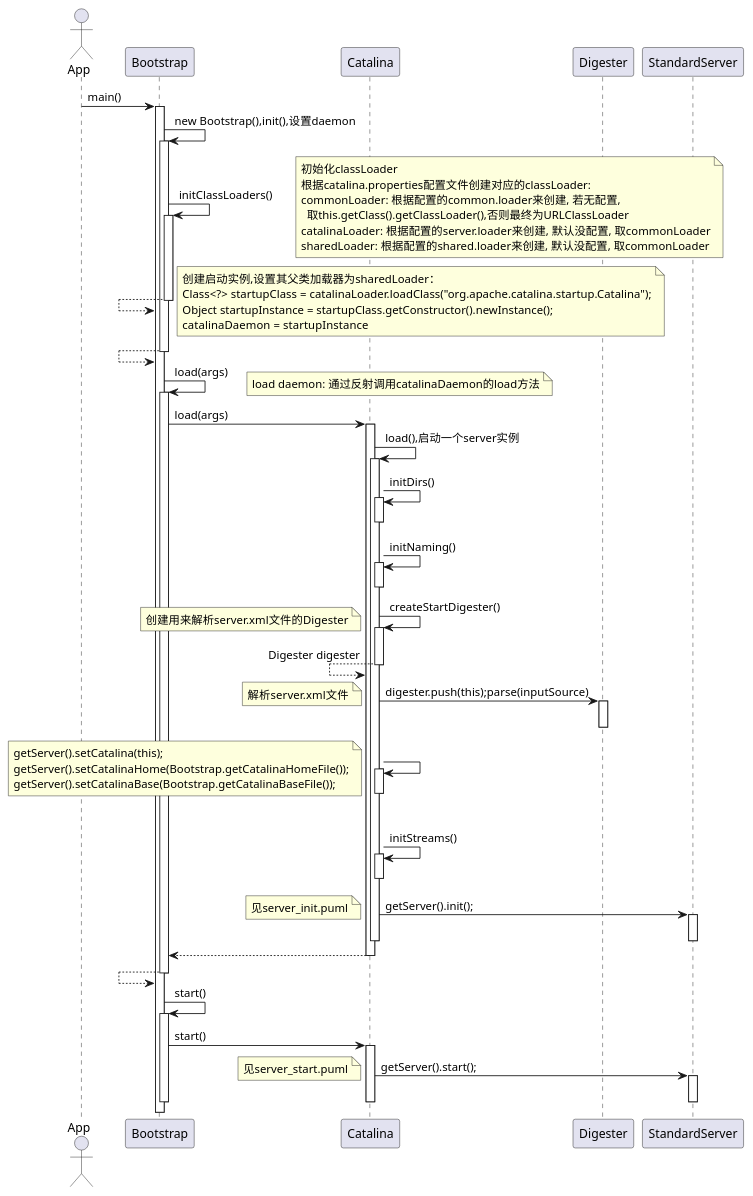
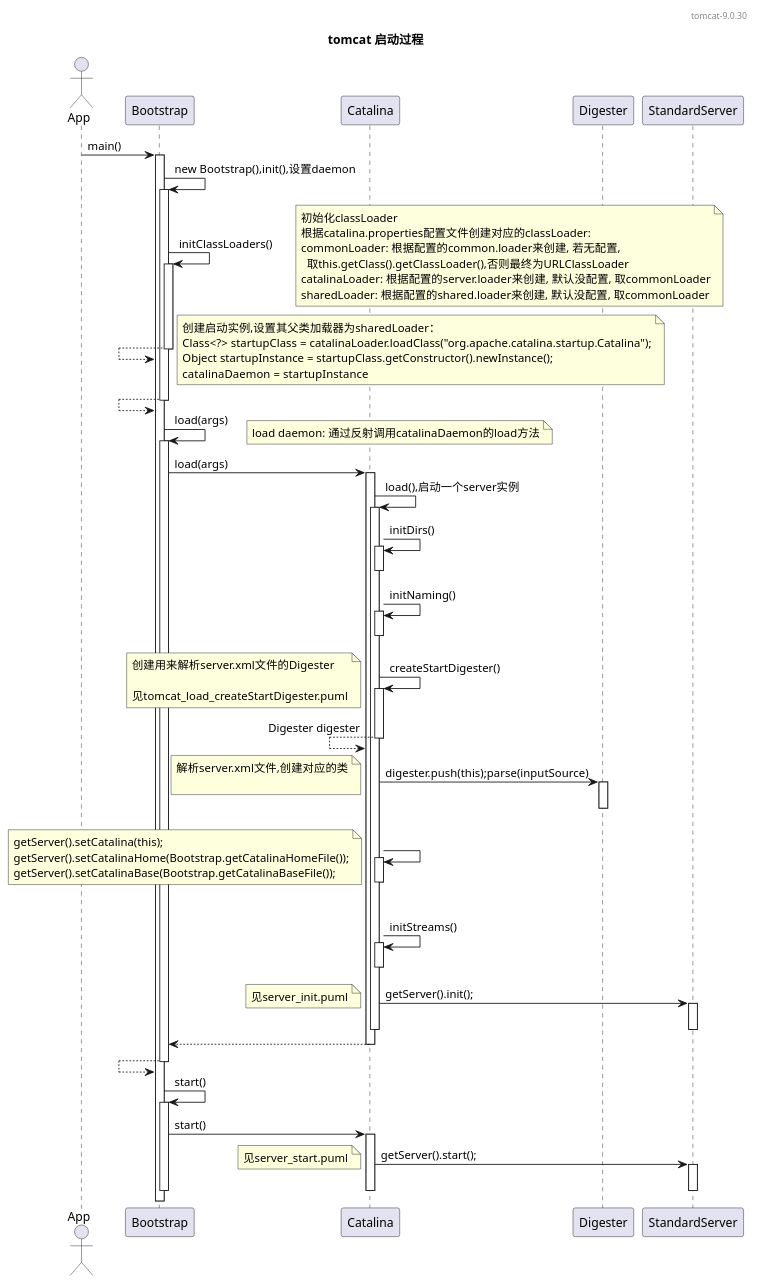
Before and after one commit to zhhongCai/tomcat: the diagram in tomcat_start.puml, drawn with PlantUML. The commit also changed 13 other files, not shown here.

Commit message:
流程图

```diff
--- a/tomcat_start.puml
+++ b/tomcat_start.puml
@@ -1,79 +1,86 @@
 @startuml
+
+header tomcat-9.0.30
+
+title tomcat 启动过程
 
 actor App
 App -> Bootstrap++: main()
   Bootstrap -> Bootstrap++: new Bootstrap(),init(),设置daemon
     Bootstrap -> Bootstrap++: initClassLoaders()
     note right
     初始化classLoader
     根据catalina.properties配置文件创建对应的classLoader:
     commonLoader: 根据配置的common.loader来创建, 若无配置,
       取this.getClass().getClassLoader(),否则最终为URLClassLoader
     catalinaLoader: 根据配置的server.loader来创建, 默认没配置, 取commonLoader
     sharedLoader: 根据配置的shared.loader来创建, 默认没配置, 取commonLoader
     end note
     Bootstrap <-- Bootstrap--
 
   note right
   创建启动实例,设置其父类加载器为sharedLoader：
   Class<?> startupClass = catalinaLoader.loadClass("org.apache.catalina.startup.Catalina");
   Object startupInstance = startupClass.getConstructor().newInstance();
   catalinaDaemon =  startupInstance
   end note
   Bootstrap <-- Bootstrap--
 
     Bootstrap -> Bootstrap++: load(args)
         note right
         load daemon: 通过反射调用catalinaDaemon的load方法
         end note
 
         Bootstrap -> Catalina++: load(args)
             Catalina -> Catalina++: load(),启动一个server实例
                 Catalina -> Catalina++: initDirs()
                 deactivate Catalina
 
                 Catalina -> Catalina++: initNaming()
                 deactivate Catalina
 
                 Catalina -> Catalina++:  createStartDigester()
                     note left
                     创建用来解析server.xml文件的Digester
+
+                    见tomcat_load_createStartDigester.puml
                     end note
                 Catalina <-- Catalina--:  Digester digester
 
                 Catalina -> Digester++: digester.push(this);parse(inputSource)
                     note left
-                    解析server.xml文件
+                    解析server.xml文件,创建对应的类
+
                     end note
                 deactivate Digester
 
                 Catalina -> Catalina++
                     note left
                     getServer().setCatalina(this);
                     getServer().setCatalinaHome(Bootstrap.getCatalinaHomeFile());
                     getServer().setCatalinaBase(Bootstrap.getCatalinaBaseFile());
                     end note
                 deactivate Catalina
 
                 Catalina -> Catalina++: initStreams()
                 deactivate Catalina
 
                 Catalina -> StandardServer++: getServer().init();
                     note left
                     见server_init.puml
                     end note
                 deactivate StandardServer
             deactivate Catalina
         Bootstrap <-- Catalina--
     Bootstrap <-- Bootstrap--
 
     Bootstrap -> Bootstrap++: start()
         Bootstrap -> Catalina++: start()
             Catalina -> StandardServer++: getServer().start();
                 note left
                 见server_start.puml
                 end note
             deactivate StandardServer
         deactivate Catalina
     deactivate Bootstrap
 @enduml
```
